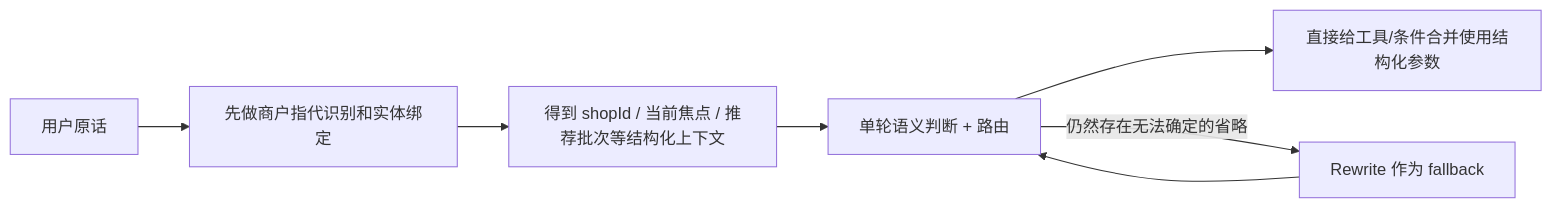
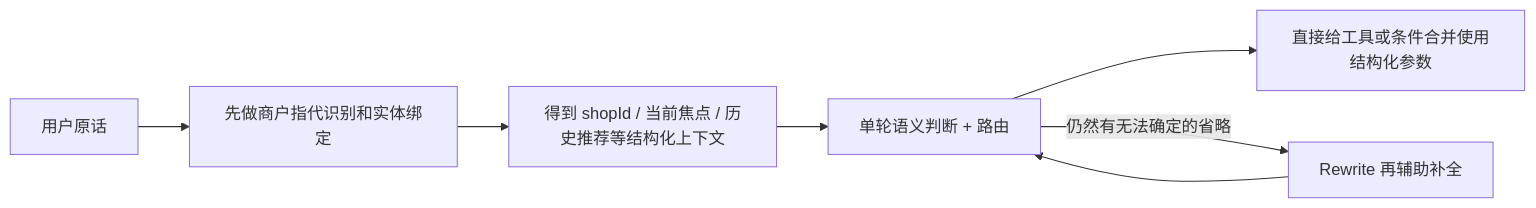
The third of 3 diagrams in doc/02_用户约束建模、提取与状态合并——开发故事与面试准备.md (huwuhu6/dp-plus), drawn with Mermaid before and after one commit. The commit also changed other lines of this file, not shown here.

````diff
--- a/doc/02_用户约束建模、提取与状态合并——开发故事与面试准备.md
+++ b/doc/02_用户约束建模、提取与状态合并——开发故事与面试准备.md
@@ -279,9 +260,9 @@
 ```mermaid
 flowchart LR
     A[用户原话] --> B[先做商户指代识别和实体绑定]
-    B --> C[得到 shopId / 当前焦点 / 推荐批次等结构化上下文]
+    B --> C[得到 shopId / 当前焦点 / 历史推荐等结构化上下文]
     C --> D[单轮语义判断 + 路由]
-    D --> E[直接给工具/条件合并使用结构化参数]
-    D -->|仍然存在无法确定的省略| F[Rewrite 作为 fallback]
+    D --> E[直接给工具或条件合并使用结构化参数]
+    D -->|仍然有无法确定的省略| F[Rewrite 再辅助补全]
     F --> D
 ```
````
